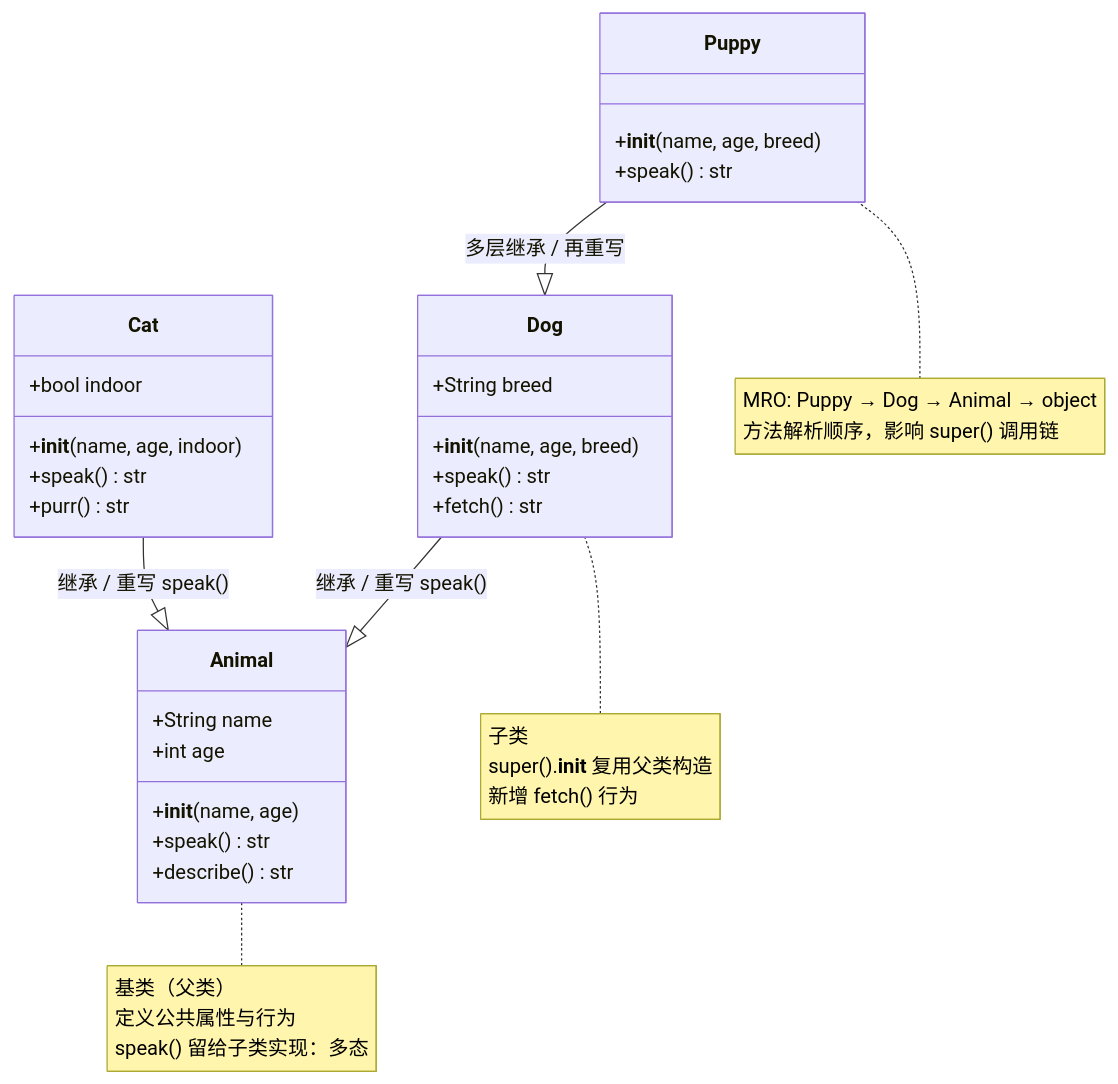
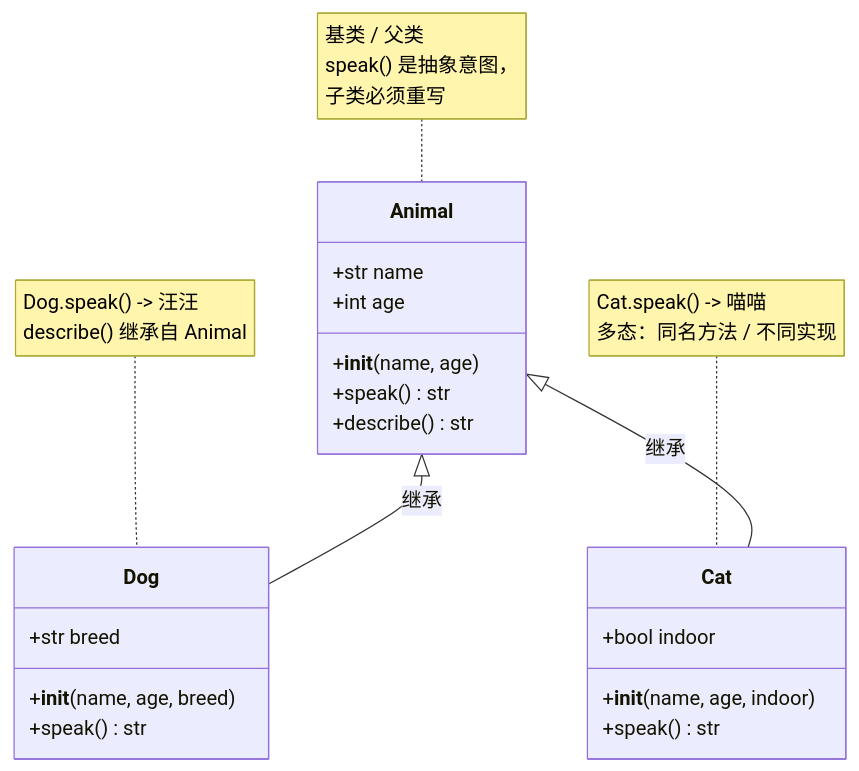
Before and after one commit to cypre5s/Pythontopia: the diagram in assets/inbox/edu_diagrams/08_class_inheritance.mmd, drawn with Mermaid. The commit also changed 798 other files, not shown here.

```diff
--- a/assets/inbox/edu_diagrams/08_class_inheritance.mmd
+++ b/assets/inbox/edu_diagrams/08_class_inheritance.mmd
@@ -1,40 +1,28 @@
-%% Pythontopia CC0 - 用途：演示 Python 类继承与多态的 UML 类图（封装 / 继承 / 多态 / MRO）
-%% 关联 KC：PY43-KC-064（类和对象基础）、PY43-KC-065（面向对象编程的特征）
-
+%% Pythontopia CC0 - 用途：类继承 / 多态 UML - 对应 KC：PY43-KC-064 类和对象基础 / PY43-KC-065 面向对象编程的特征
 classDiagram
-    direction BT
-
     class Animal {
-        +String name
+        +str name
         +int age
         +__init__(name, age)
         +speak() str
         +describe() str
     }
 
     class Dog {
-        +String breed
+        +str breed
         +__init__(name, age, breed)
         +speak() str
-        +fetch() str
     }
 
     class Cat {
         +bool indoor
         +__init__(name, age, indoor)
         +speak() str
-        +purr() str
     }
 
-    class Puppy {
-        +__init__(name, age, breed)
-        +speak() str
-    }
+    Animal <|-- Dog : 继承
+    Animal <|-- Cat : 继承
 
-    Animal <|-- Dog : 继承 / 重写 speak()
-    Animal <|-- Cat : 继承 / 重写 speak()
-    Dog    <|-- Puppy : 多层继承 / 再重写
-
-    note for Animal "基类（父类）<br/>定义公共属性与行为<br/>speak() 留给子类实现：多态"
-    note for Dog "子类<br/>super().__init__ 复用父类构造<br/>新增 fetch() 行为"
-    note for Puppy "MRO: Puppy → Dog → Animal → object<br/>方法解析顺序，影响 super() 调用链"
+    note for Animal "基类 / 父类<br/>speak() 是抽象意图，<br/>子类必须重写"
+    note for Dog "Dog.speak() -> 汪汪<br/>describe() 继承自 Animal"
+    note for Cat "Cat.speak() -> 喵喵<br/>多态：同名方法 / 不同实现"
```
